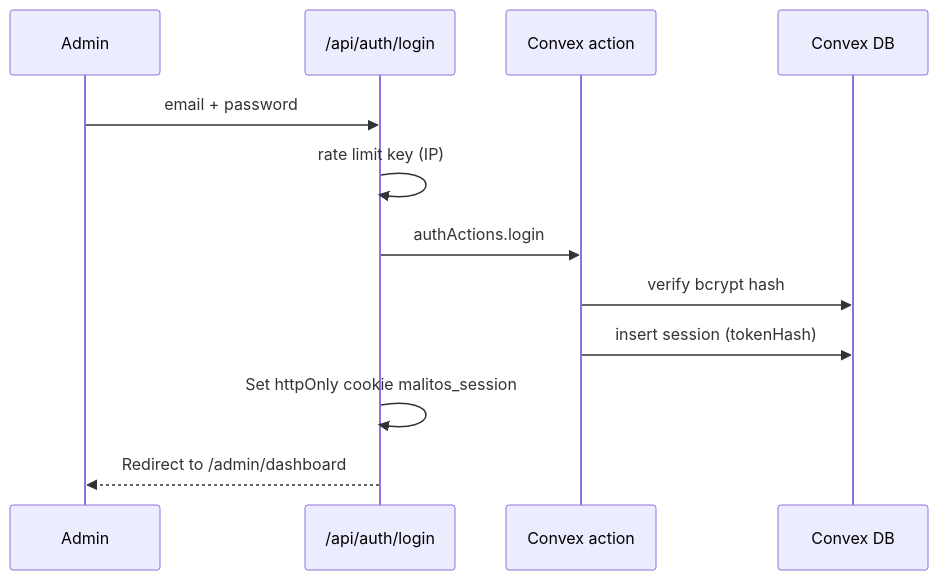
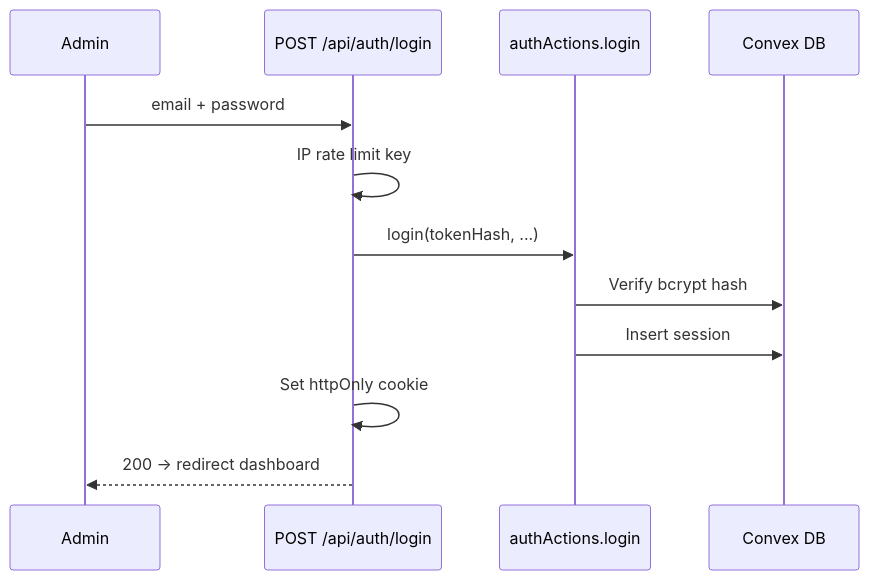
The sixth of 15 diagrams in README.md (mawlid1431/Portfolio), drawn with Mermaid before and after one commit. The commit also changed other lines of this file, not shown here.

````diff
--- a/README.md
+++ b/README.md
@@ -334,15 +395,15 @@
 ```mermaid
 sequenceDiagram
   participant A as Admin
-  participant L as /api/auth/login
-  participant C as Convex action
+  participant L as POST /api/auth/login
+  participant C as authActions.login
   participant DB as Convex DB
 
   A->>L: email + password
-  L->>L: rate limit key (IP)
-  L->>C: authActions.login
-  C->>DB: verify bcrypt hash
-  C->>DB: insert session (tokenHash)
-  L->>L: Set httpOnly cookie malitos_session
-  L-->>A: Redirect to /admin/dashboard
+  L->>L: IP rate limit key
+  L->>C: login(tokenHash, ...)
+  C->>DB: Verify bcrypt hash
+  C->>DB: Insert session
+  L->>L: Set httpOnly cookie
+  L-->>A: 200 → redirect dashboard
 ```
````
